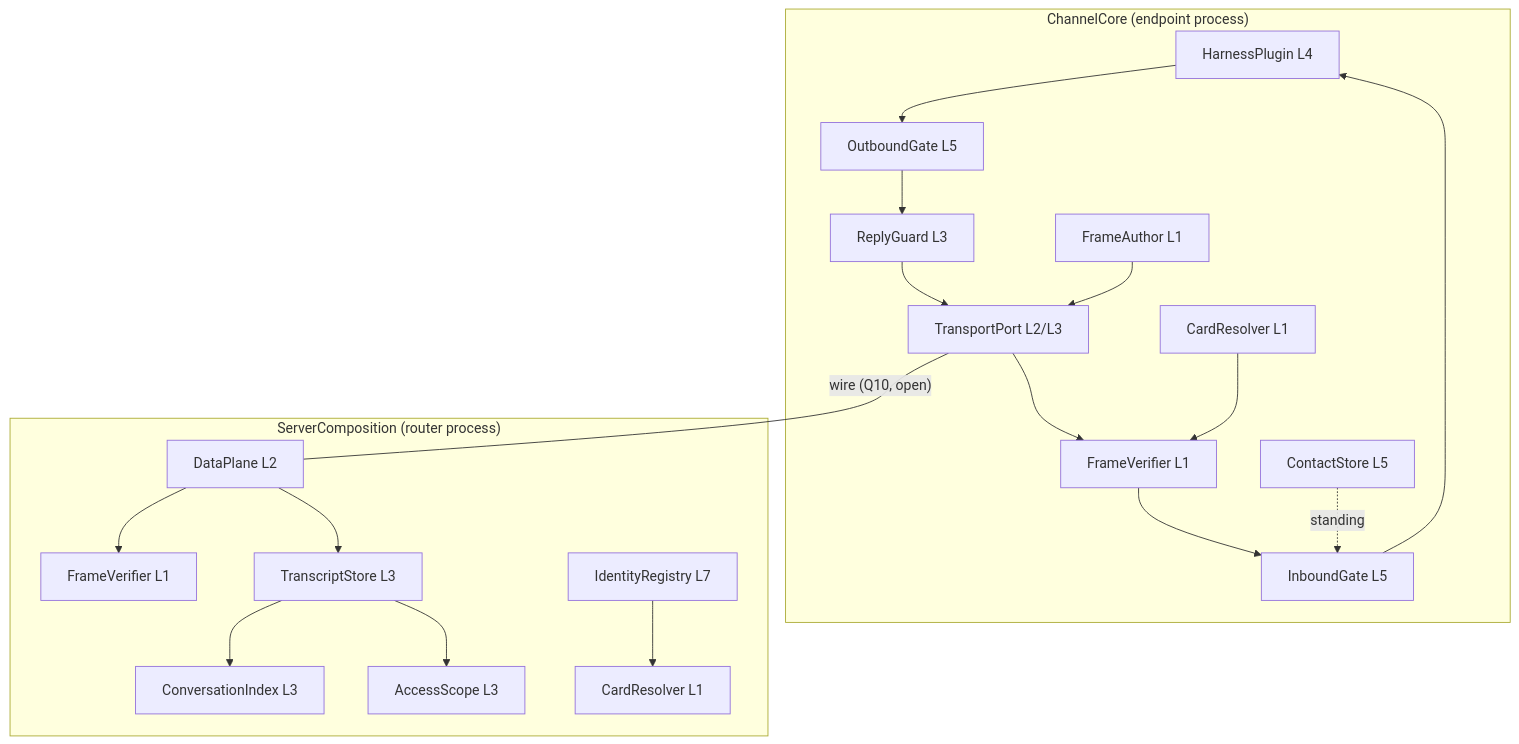
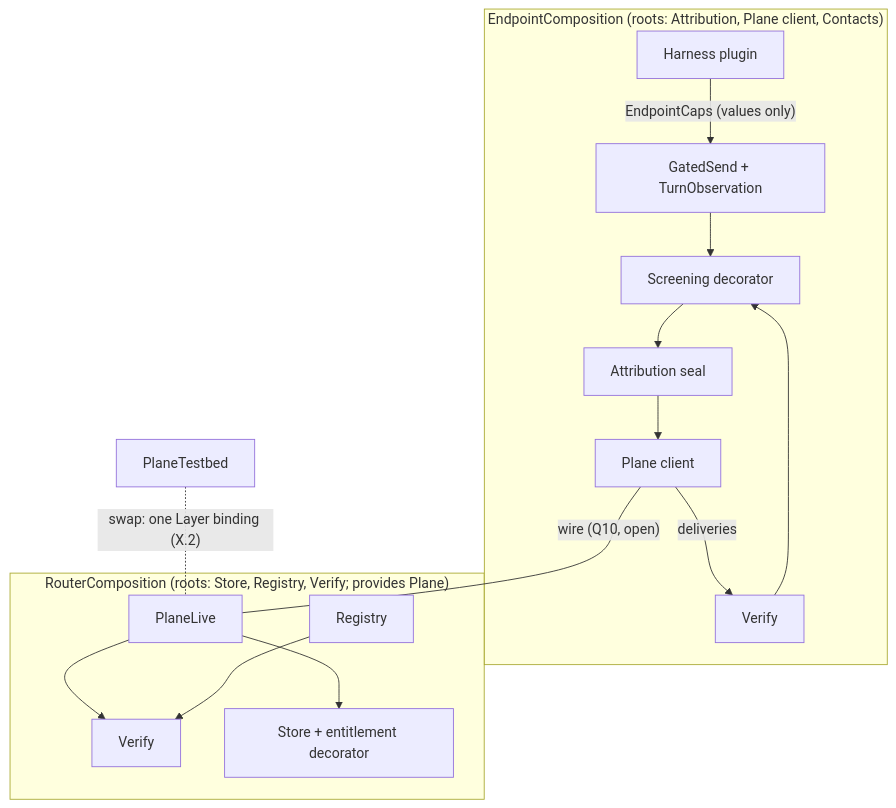
Before and after one commit to chughtapan/moltzap: the diagram in docs/spec/layer-interfaces.md, drawn with Mermaid. The commit also changed other lines of this file and 1 other file, not shown here.

First line of the commit message:
docs(v2-spec): layer-interfaces grafts the seven-proposal synthesis

````diff
--- a/docs/spec/layer-interfaces.md
+++ b/docs/spec/layer-interfaces.md
@@ -212,20 +343,16 @@
 ```mermaid
 flowchart TB
-  subgraph Endpoint["ChannelCore (endpoint process)"]
-    HP[HarnessPlugin L4] --> OG[OutboundGate L5]
-    IG[InboundGate L5] --> HP
-    OG --> RG[ReplyGuard L3] --> TP[TransportPort L2/L3]
-    TP --> FV1[FrameVerifier L1] --> IG
-    FA[FrameAuthor L1] --> TP
-    CS[ContactStore L5] -. standing .-> IG
-    CR1[CardResolver L1] --> FV1
+  subgraph Endpoint["EndpointComposition (roots: Attribution, Plane client, Contacts)"]
+    HP[Harness plugin] -- "EndpointCaps (values only)" --> GS[GatedSend + TurnObservation]
+    GS --> SCR[Screening decorator] --> AT[Attribution seal]
+    AT --> PC[Plane client]
+    PC -- deliveries --> VF1[Verify] --> SCR
   end
-  subgraph Router["ServerComposition (router process)"]
-    DP[DataPlane L2] --> FV2[FrameVerifier L1]
-    DP --> TS[TranscriptStore L3]
-    TS --> CI[ConversationIndex L3]
-    TS --> AS[AccessScope L3]
-    REG[IdentityRegistry L7] --> CR2[CardResolver L1]
+  subgraph Router["RouterComposition (roots: Store, Registry, Verify; provides Plane)"]
+    PL[PlaneLive] --> VF2[Verify]
+    PL --> ST[Store + entitlement decorator]
+    RG[Registry] --> VF2
   end
-  TP -- "wire (Q10, open)" --- DP
+  TB[PlaneTestbed] -. "swap: one Layer binding (X.2)" .- PL
+  PC -- "wire (Q10, open)" --- PL
 ```
````
